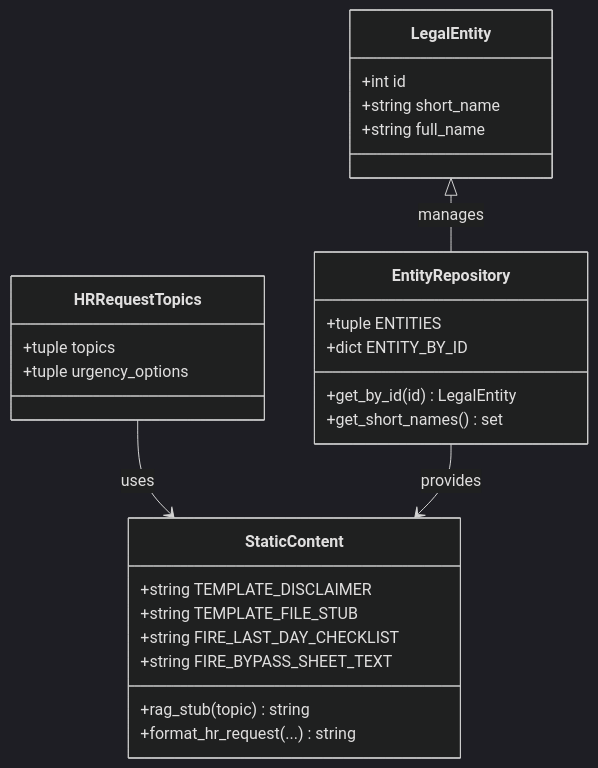
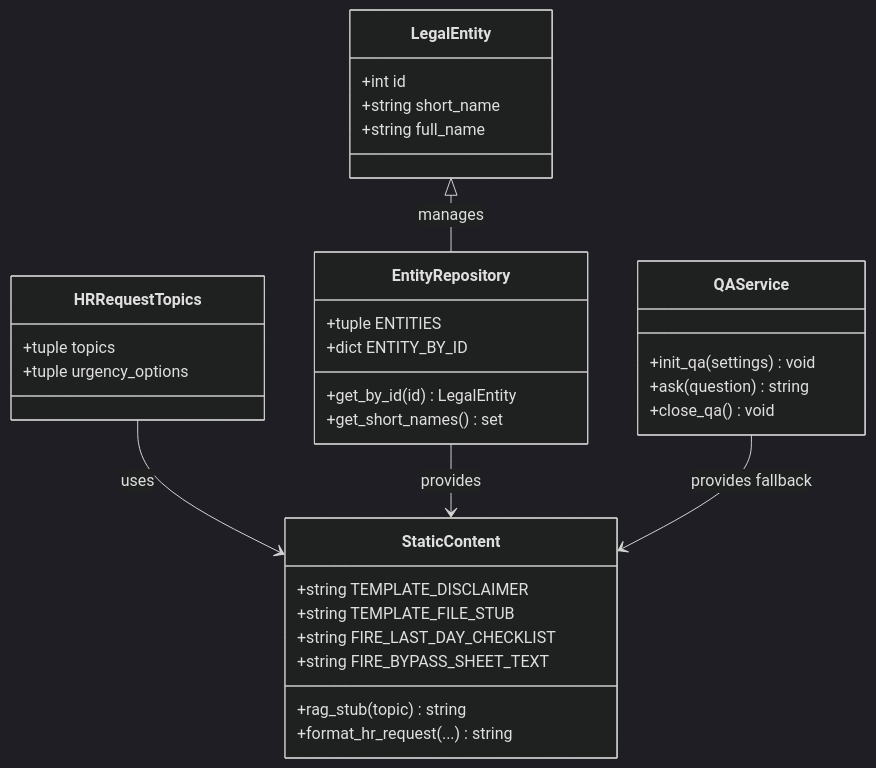
One commit to ognelis/cafetera_hr_bot changed the fifth of 12 diagrams in .qoder/repowiki/en/content/VK Integration/HR Request Processing System.md. Above: the diagram before and after it, drawn with Mermaid (dark theme). The commit also changed other lines of this file and 8 other files, not shown here.

````diff
--- a/.qoder/repowiki/en/content/VK Integration/HR Request Processing System.md
+++ b/.qoder/repowiki/en/content/VK Integration/HR Request Processing System.md
@@ -268,29 +276,35 @@
 ```mermaid
 classDiagram
 class LegalEntity {
 +int id
 +string short_name
 +string full_name
 }
 class HRRequestTopics {
 +tuple topics
 +tuple urgency_options
 }
 class StaticContent {
 +string TEMPLATE_DISCLAIMER
 +string TEMPLATE_FILE_STUB
 +string FIRE_LAST_DAY_CHECKLIST
 +string FIRE_BYPASS_SHEET_TEXT
 +rag_stub(topic) string
 +format_hr_request(...) string
 }
 class EntityRepository {
 +tuple ENTITIES
 +dict ENTITY_BY_ID
 +get_by_id(id) LegalEntity
 +get_short_names() set
 }
+class QAService {
++init_qa(settings) void
++ask(question) string
++close_qa() void
+}
 LegalEntity <|-- EntityRepository : manages
 HRRequestTopics --> StaticContent : uses
 EntityRepository --> StaticContent : provides
+QAService --> StaticContent : provides fallback
 ```
````
